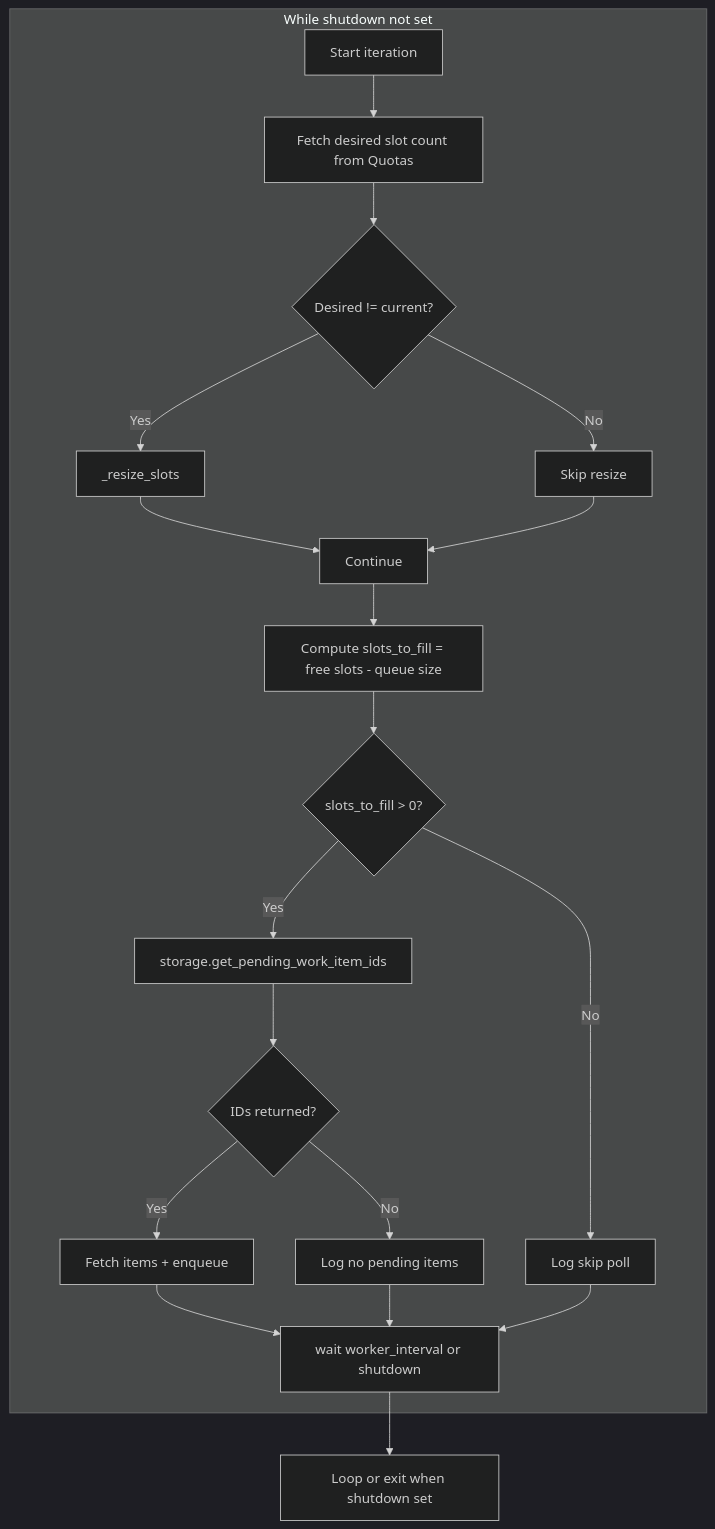
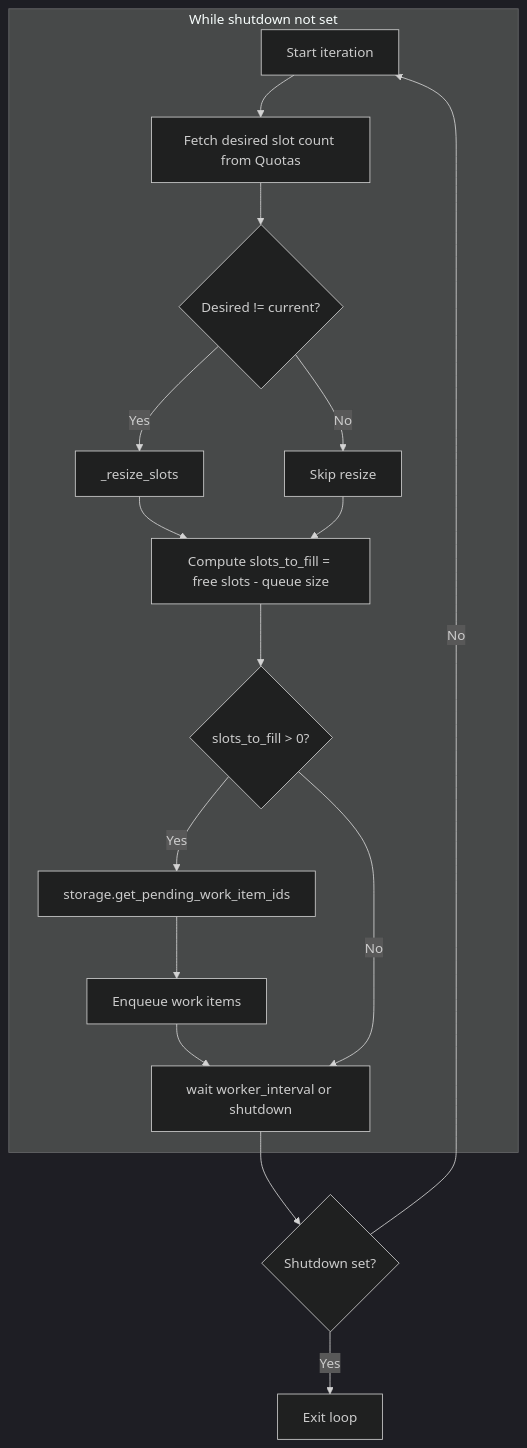
Before and after one commit to ayim/taubench-modern: the second of 3 diagrams in docs/workitems/slot_executor_lifecycle.md, drawn with Mermaid (dark theme). The commit also changed other lines of this file, not shown here.

Commit message:
Update mermaid docs for resize (#1718)

````diff
--- a/docs/workitems/slot_executor_lifecycle.md
+++ b/docs/workitems/slot_executor_lifecycle.md
@@ -26,23 +34,20 @@
 ```mermaid
 flowchart TD
     subgraph ReaderLoop[While shutdown not set]
         L[Start iteration]
         L --> M[Fetch desired slot count from Quotas]
         M --> N{Desired != current?}
         N -->|Yes| O[_resize_slots]
         N -->|No| P[Skip resize]
-        O --> Q[Continue]
-        P --> Q
-        Q --> R[Compute slots_to_fill = free slots - queue size]
-        R --> S{slots_to_fill > 0?}
-        S -->|Yes| T[storage.get_pending_work_item_ids]
-        T --> U{IDs returned?}
-        U -->|Yes| V[Fetch items + enqueue]
-        U -->|No| W[Log no pending items]
-        S -->|No| X[Log skip poll]
-        V --> Y[wait worker_interval or shutdown]
-        W --> Y
-        X --> Y
+        O --> S[Compute slots_to_fill = free slots - queue size]
+        P --> S
+        S --> T{slots_to_fill > 0?}
+        T -->|Yes| U[storage.get_pending_work_item_ids]
+        U --> W[Enqueue work items]
+        W --> AA[wait worker_interval or shutdown]
+        T -->|No| AA
     end
-    Y --> Z[Loop or exit when shutdown set]
+    AA --> AB{Shutdown set?}
+    AB -->|No| L
+    AB -->|Yes| AC[Exit loop]
 ```
````
